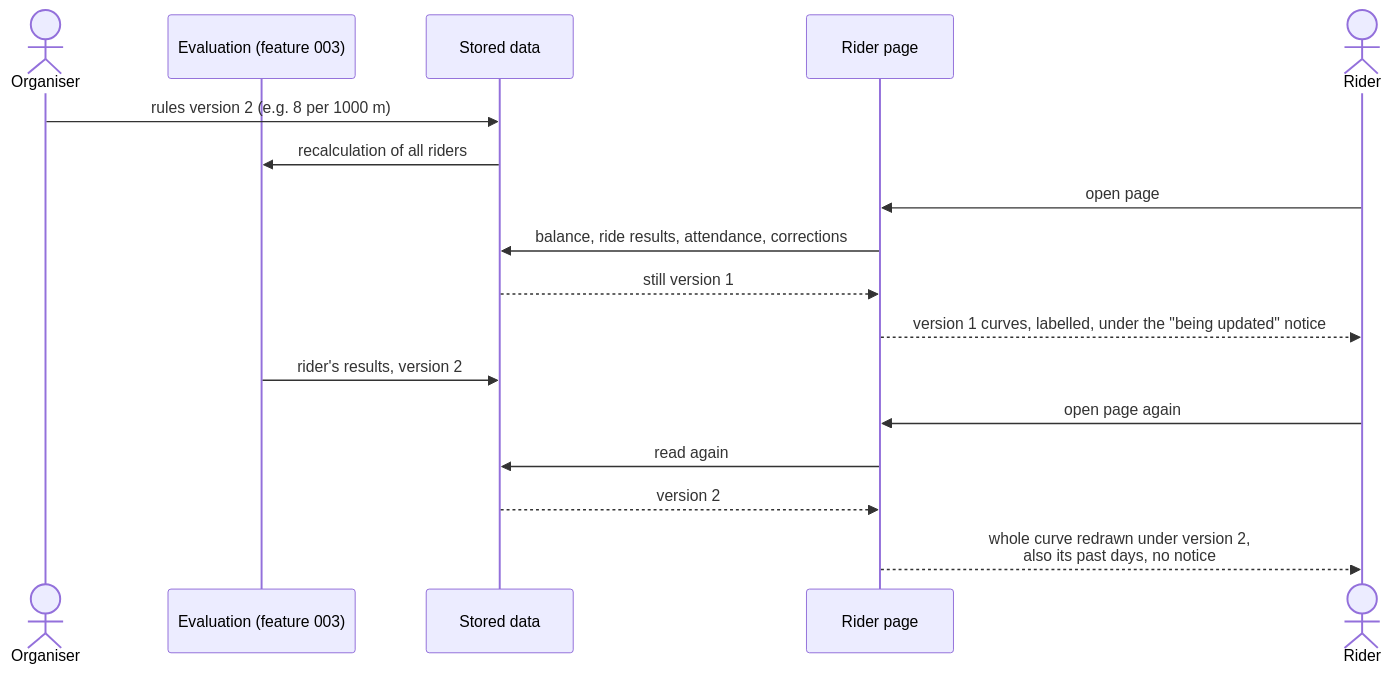
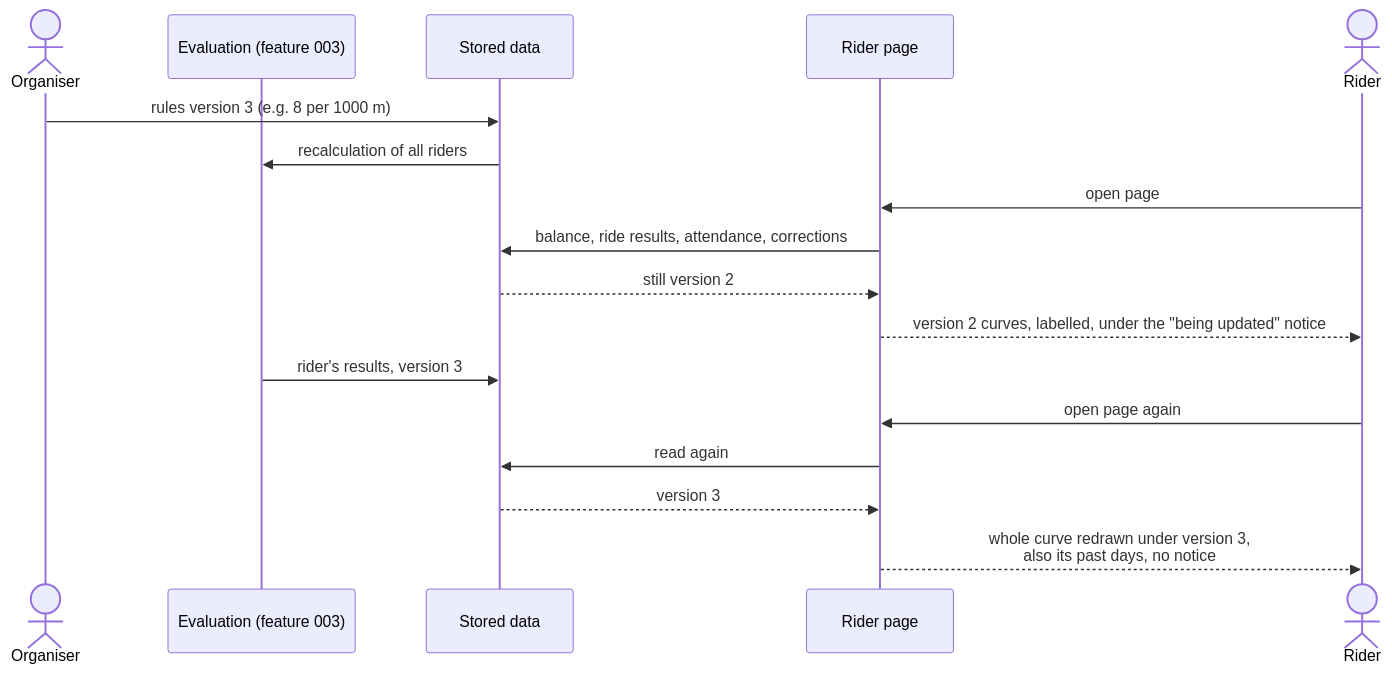
One commit to SaSteffen/RynkePoints changed the seventh of 9 diagrams in specs/009-rider-progress-charts/spec.md. Above: the diagram before and after it, drawn with Mermaid. The commit also changed other lines of this file and 5 other files, not shown here.

First line of the commit message:
docs: apply /speckit-analyze findings to rider progress charts

````diff
--- a/specs/009-rider-progress-charts/spec.md
+++ b/specs/009-rider-progress-charts/spec.md
@@ -694,20 +705,20 @@
 ```mermaid
 sequenceDiagram
     actor O as Organiser
     participant E as Evaluation (feature 003)
     participant S as Stored data
     participant P as Rider page
     actor R as Rider
 
-    O->>S: rules version 2 (e.g. 8 per 1000 m)
+    O->>S: rules version 3 (e.g. 8 per 1000 m)
     S->>E: recalculation of all riders
     R->>P: open page
     P->>S: balance, ride results, attendance, corrections
-    S-->>P: still version 1
-    P-->>R: version 1 curves, labelled, under the "being updated" notice
-    E->>S: rider's results, version 2
+    S-->>P: still version 2
+    P-->>R: version 2 curves, labelled, under the "being updated" notice
+    E->>S: rider's results, version 3
     R->>P: open page again
     P->>S: read again
-    S-->>P: version 2
-    P-->>R: whole curve redrawn under version 2,<br/>also its past days, no notice
+    S-->>P: version 3
+    P-->>R: whole curve redrawn under version 3,<br/>also its past days, no notice
 ```
````
